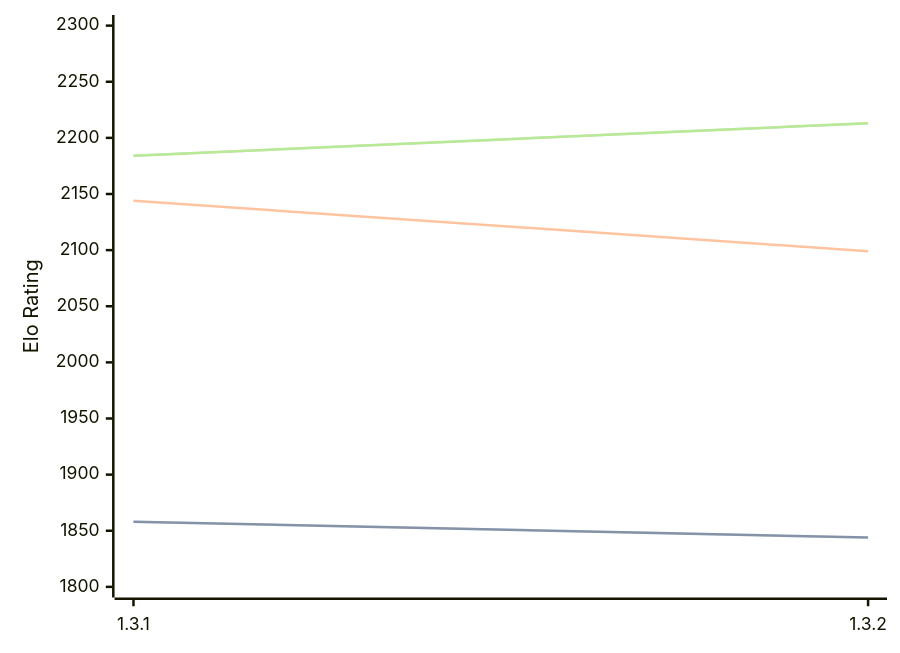
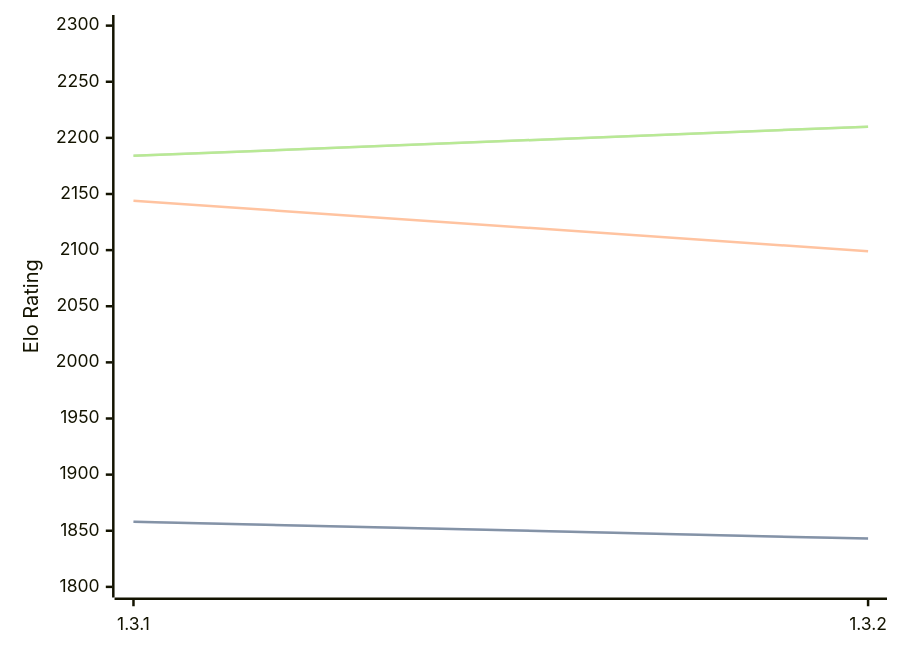
Before and after one commit to computer-chess-index/cci: the diagram in engines/Zugblitz.md, drawn with Mermaid. The commit also changed other lines of this file, not shown here.

Commit message:
Update CCI Ratings (ELO VLTC) - 2026-08-27

````diff
--- a/engines/Zugblitz.md
+++ b/engines/Zugblitz.md
@@ -32,11 +32,11 @@
 ```mermaid
 %%{init: {"theme":"base","themeVariables":{"seriesColors:['#a3a3a3','#222221','#faa371']}}}%%
 xychart-beta
   x-axis ["1.3.1", "1.3.2"]
   y-axis "Elo Rating" 1800 --> 2300
-  line "STC (8.0+0.08s)" [1858, 1844]
-  line "STC (8.0+0.08s)" [1858, 1844]
+  line "STC (8.0+0.08s)" [1858, 1843]
+  line "STC (8.0+0.08s)" [1858, 1843]
   line "LTC (60.0+0.60s)" [2144, 2099]
-  line "VLTC (2m24s+1.12s)" [2184, 2213]
-  line "VLTC (2m24s+1.12s)" [2184, 2213]
+  line "VLTC (2m24s+1.12s)" [2184, 2210]
+  line "VLTC (2m24s+1.12s)" [2184, 2210]
 ```
````
